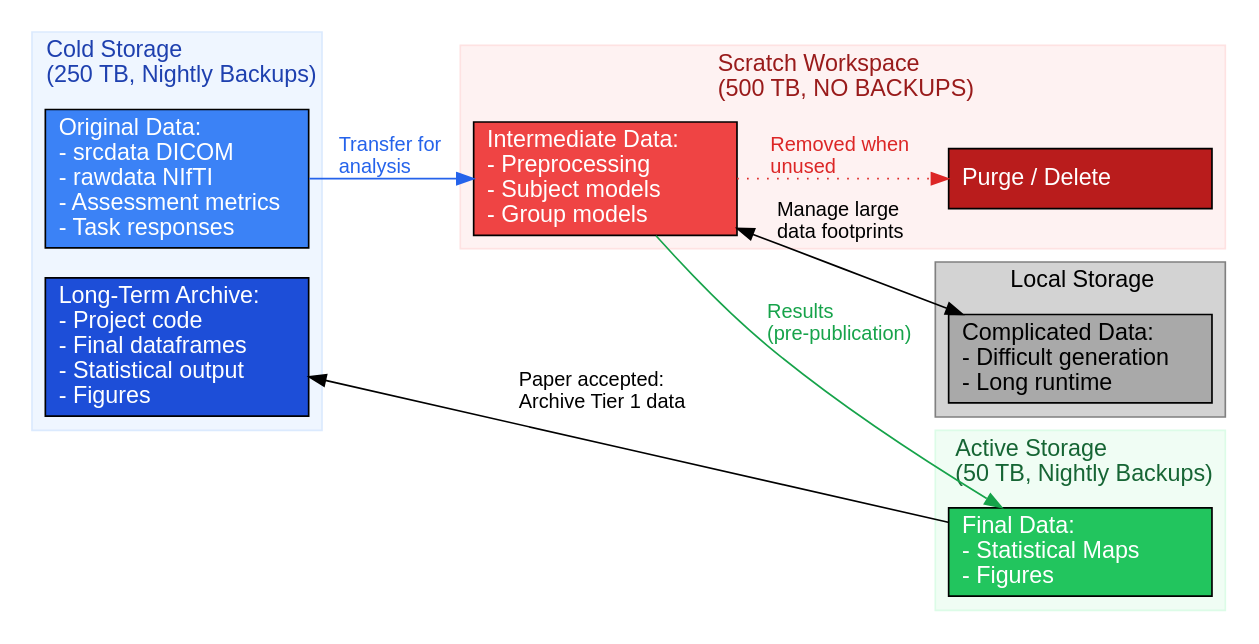
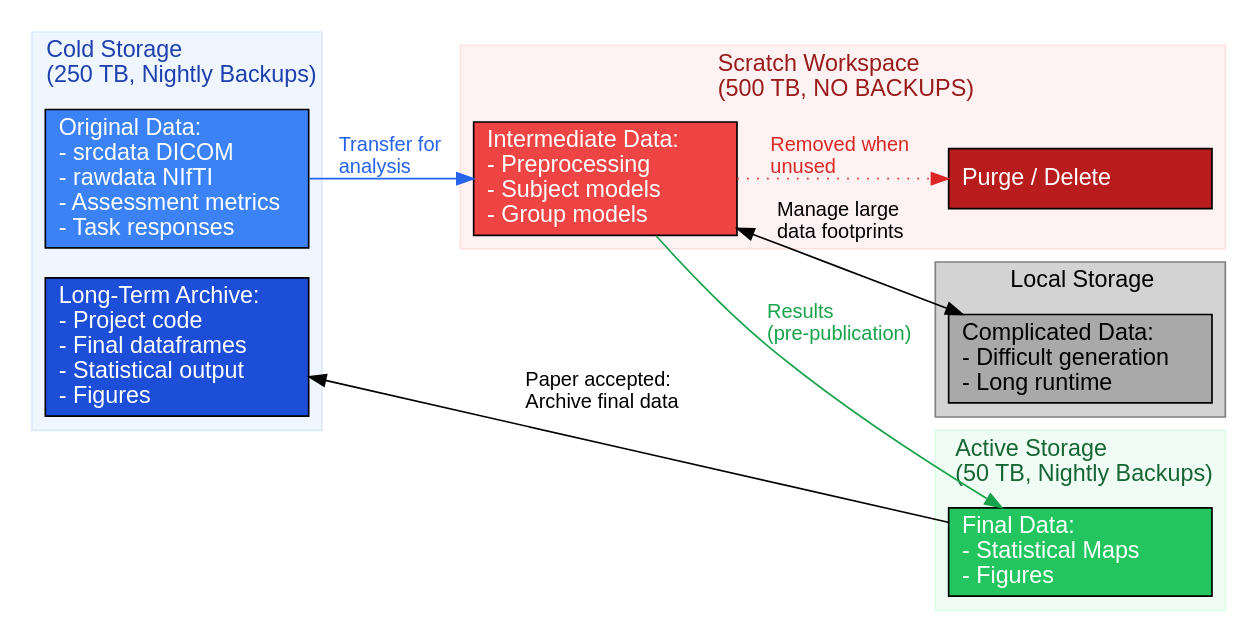
Before and after one commit to ND-HNC/website: the diagram in pages/storage.qmd, drawn with Graphviz. The commit also changed other lines of this file and 71 other files, not shown here.

````diff
--- a/pages/storage.qmd
+++ b/pages/storage.qmd
@@ -45,72 +37,72 @@
 ```{dot}
 //| fig-width: 9
 //| fig-height: 6
 digraph NDHNC_Data_Flow {
     // General graph settings
     fontname="Helvetica,Arial,sans-serif";
     node [fontname="Helvetica,Arial,sans-serif", shape=box, style="filled", width=2.2];
     edge [fontname="Helvetica,Arial,sans-serif", fontsize=12];
     rankdir=LR; // Left-to-right flow
 
     // Tier 2: Cold Storage (Blue Theme)
     subgraph cluster_tier2 {
         label = "Cold Storage\l(250 TB, Nightly Backups)\l";
         style = "filled";
         color = "#dbeafe";
         fillcolor = "#eff6ff";
         fontcolor = "#1e40af";
 
         tier2_raw [label="Original Data:\l- srcdata DICOM\l- rawdata NIfTI\l- Assessment metrics\l- Task responses\l", fillcolor="#3b82f6", fontcolor="white"];
         tier2_archive [label="Long-Term Archive:\l- Project code\l- Final dataframes\l- Statistical output\l- Figures\l", fillcolor="#1d4ed8", fontcolor="white"];
     }
 
     // Tier 3: Scratch Workspace (Red/Orange Theme - No Backups)
     subgraph cluster_tier3 {
         label = "Scratch Workspace\l(500 TB, NO BACKUPS)\l";
         style = "filled";
         color = "#fee2e2";
         fillcolor = "#fef2f2";
         fontcolor = "#991b1b";
 
         tier3_proc [label="Intermediate Data:\l- Preprocessing\l- Subject models\l- Group models\l", fillcolor="#ef4444", fontcolor="white"];
         tier3_trash [label="Purge / Delete\l", shape=box, fillcolor="#b91c1c", fontcolor="white"];
     }
 
     // Local store
     subgraph cluster_local {
         label = "Local Storage\l";
         style = "filled";
         color = "gray";
         fillcolor = "lightgray";
         fontcolor = "black";
 
         local_store [label="Complicated Data:\l- Difficult generation\l- Long runtime\l", fillcolor="darkgray", fontcolor="black"];
     }
 
     // Tier 1: Active Storage (Green Theme)
     subgraph cluster_tier1 {
         label = "Active Storage\l(50 TB, Nightly Backups)\l";
         style = "filled";
         color = "#dcfce7";
         fillcolor = "#f0fdf4";
         fontcolor = "#166534";
 
         tier1_active [label="Final Data:\l- Statistical Maps\l- Figures\l", fillcolor="#22c55e", fontcolor="white"];
     }
 
     // Data Flow Connections (Edges)
 
     // 1. Initial transfer for processing
     tier2_raw -> tier3_proc [label=" Transfer for\l analysis\l", color="#2563eb", fontcolor="#2563eb", weight=2];
 
     // 2. Moving important results to Tier 1
     tier3_proc -> tier1_active [label=" Results\l (pre-publication)\l", color="#16a34a", fontcolor="#16a34a", weight=2];
 
     // 3. Cleanup of intermediates
     tier3_proc -> tier3_trash [label=" Removed when\l unused\l", color="#dc2626", fontcolor="#dc2626", style="dotted"];
     tier3_proc -> local_store [label=" Manage large\l data footprints\l", color="black", fontcolor="black", dir="both"];
 
     // 4. Post-publication archiving
-    tier1_active -> tier2_archive [label=" Paper accepted:\l Archive Tier 1 data\l", color="black", fontcolor="black"];
+    tier1_active -> tier2_archive [label=" Paper accepted:\l Archive final data\l", color="black", fontcolor="black"];
 }
 ```
````
